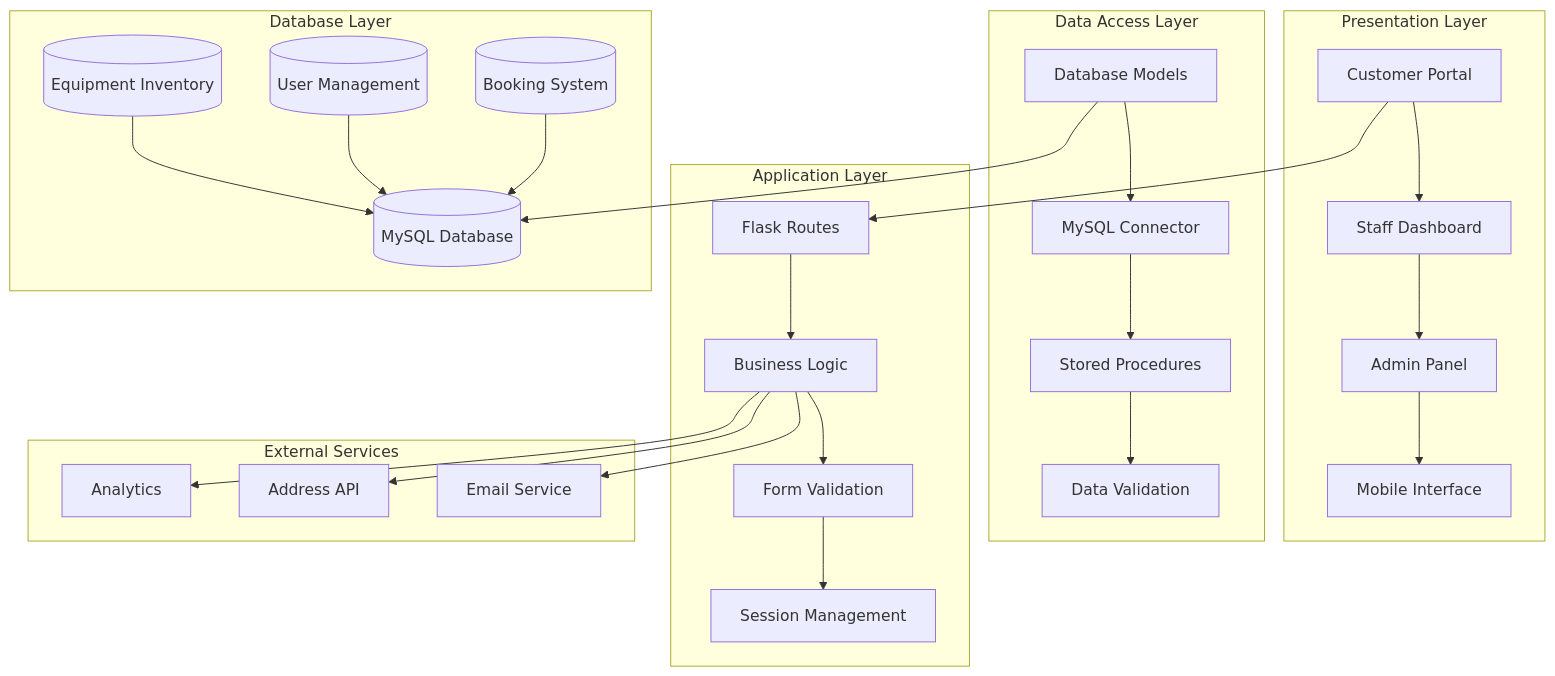
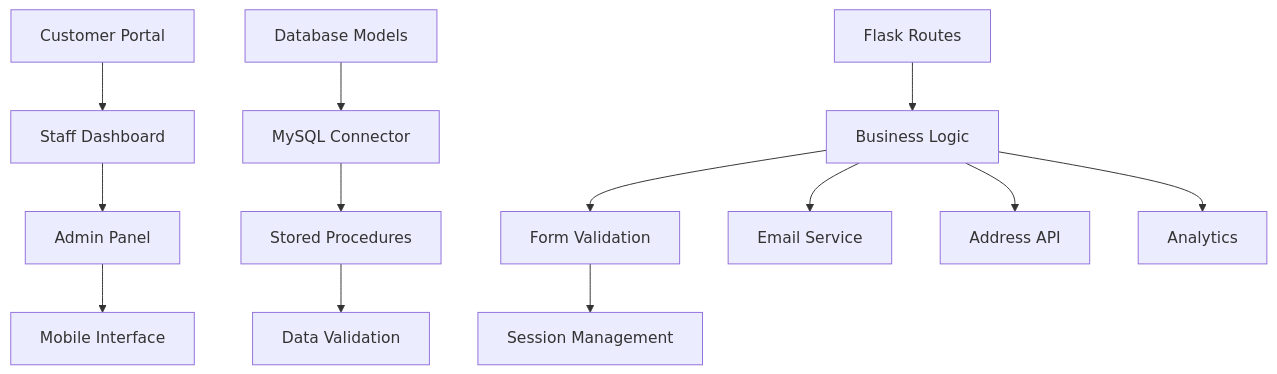
One commit to rameshchavan07/GreenRoots changed the first of 2 diagrams in README.md. Above: the diagram before and after it, drawn with Mermaid. The commit also changed other lines of this file, not shown here.

````diff
--- a/README.md
+++ b/README.md
@@ -69,43 +93,15 @@
 ```mermaid
 graph TB
-    subgraph "Presentation Layer"
-        A[Customer Portal] --> B[Staff Dashboard]
-        B --> C[Admin Panel]
-        C --> D[Mobile Interface]
-    end
-    
-    subgraph "Application Layer"
-        E[Flask Routes] --> F[Business Logic]
-        F --> G[Form Validation]
-        G --> H[Session Management]
-    end
-    
-    subgraph "Data Access Layer"
-        I[Database Models] --> J[MySQL Connector]
-        J --> K[Stored Procedures]
-        K --> L[Data Validation]
-    end
-    
-    subgraph "Database Layer"
-        M[(MySQL Database)]
-        N[(Equipment Inventory)]
-        O[(User Management)]
-        P[(Booking System)]
-    end
-    
-    A --> E
-    I --> M
-    N --> M
-    O --> M
-    P --> M
-    
-    subgraph "External Services"
-        Q[Email Service]
-        R[Address API]
-        S[Analytics]
-    end
-    
-    F --> Q
-    F --> R
-    F --> S
+    A[Customer Portal] --> B[Staff Dashboard]
+    B --> C[Admin Panel]
+    C --> D[Mobile Interface]
+    E[Flask Routes] --> F[Business Logic]
+    F --> G[Form Validation]
+    G --> H[Session Management]
+    I[Database Models] --> J[MySQL Connector]
+    J --> K[Stored Procedures]
+    K --> L[Data Validation]
+    F --> Q[Email Service]
+    F --> R[Address API]
+    F --> S[Analytics]
 ```
````
